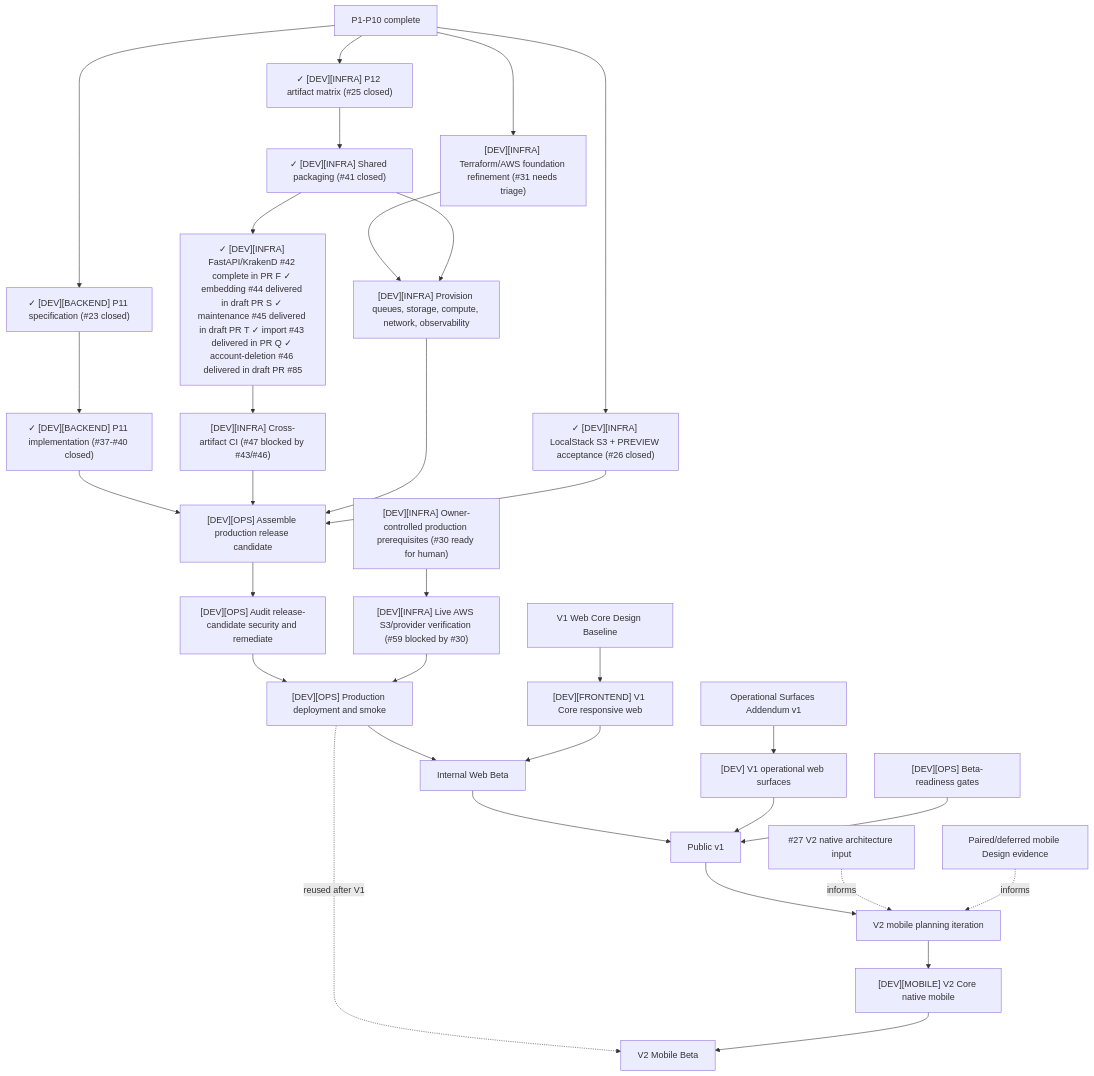
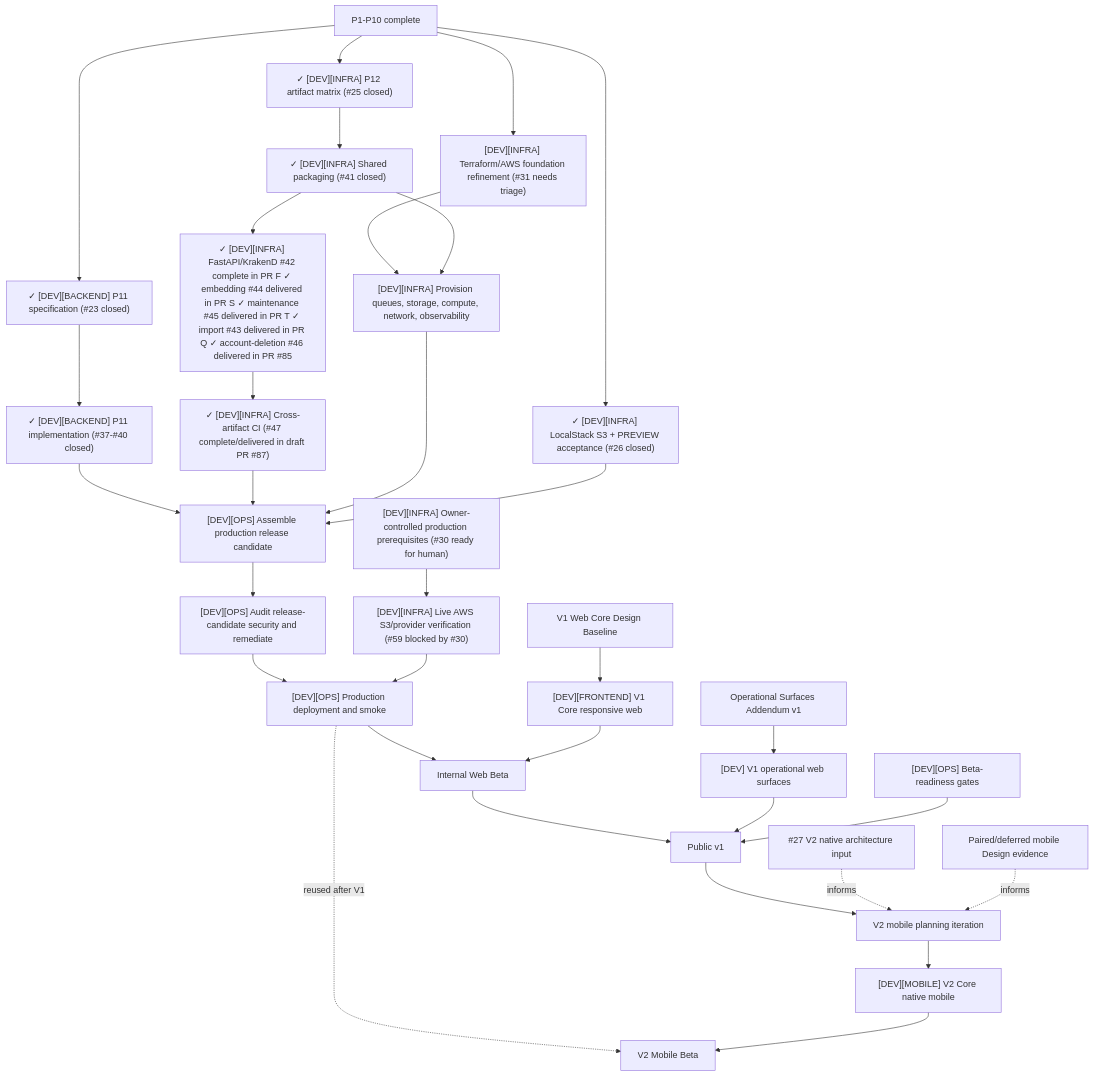
The diagram in docs/architecture/production-roadmap.md (starkovalera/recipe-manager), drawn with Mermaid before and after one commit. The commit also changed other lines of this file and 16 other files, not shown here.

First line of the commit message:
feat(infra): verify production artifacts in CI (#87)

````diff
--- a/docs/architecture/production-roadmap.md
+++ b/docs/architecture/production-roadmap.md
@@ -215,41 +215,41 @@
 ```mermaid
 flowchart TD
   p10["P1-P10 complete"]
   p10 --> p11Spec["✓ [DEV][BACKEND] P11 specification (#23 closed)"]
   p11Spec --> p11Implementation["✓ [DEV][BACKEND] P11 implementation (#37-#40 closed)"]
   p10 --> p12Spec["✓ [DEV][INFRA] P12 artifact matrix (#25 closed)"]
   p12Spec --> p12Shared["✓ [DEV][INFRA] Shared packaging (#41 closed)"]
-  p12Shared --> p12Artifacts["✓ [DEV][INFRA] FastAPI/KrakenD #42 complete in PR #70; ✓ embedding #44 delivered in draft PR #83; ✓ maintenance #45 delivered in draft PR #84; ✓ import #43 delivered in PR #81; ✓ account-deletion #46 delivered in draft PR #85"]
-  p12Artifacts --> p12Ci["[DEV][INFRA] Cross-artifact CI (#47 blocked by #43/#46)"]
+  p12Shared --> p12Artifacts["✓ [DEV][INFRA] FastAPI/KrakenD #42 complete in PR #70; ✓ embedding #44 delivered in PR #83; ✓ maintenance #45 delivered in PR #84; ✓ import #43 delivered in PR #81; ✓ account-deletion #46 delivered in PR #85"]
+  p12Artifacts --> p12Ci["✓ [DEV][INFRA] Cross-artifact CI (#47 complete/delivered in draft PR #87)"]
   p10 --> localstack["✓ [DEV][INFRA] LocalStack S3 + PREVIEW acceptance (#26 closed)"]
   p10 --> tfFoundation["[DEV][INFRA] Terraform/AWS foundation refinement (#31 needs triage)"]
   ownerInputs["[DEV][INFRA] Owner-controlled production prerequisites (#30 ready for human)"]
   ownerInputs --> liveAws["[DEV][INFRA] Live AWS S3/provider verification (#59 blocked by #30)"]
 
   tfFoundation --> cloudResources["[DEV][INFRA] Provision queues, storage, compute, network, observability"]
   p12Shared --> cloudResources
 
   p11Implementation --> releaseCandidate["[DEV][OPS] Assemble production release candidate"]
   p12Ci --> releaseCandidate
   cloudResources --> releaseCandidate
   localstack --> releaseCandidate
   releaseCandidate --> security["[DEV][OPS] Audit release-candidate security and remediate"]
   security --> technicalProd["[DEV][OPS] Production deployment and smoke"]
   liveAws --> technicalProd
 
   designCore["V1 Web Core Design Baseline"] --> web["[DEV][FRONTEND] V1 Core responsive web"]
   technicalProd --> webBeta["Internal Web Beta"]
   web --> webBeta
 
   designOps["Operational Surfaces Addendum v1"] --> operationalClients["[DEV] V1 operational web surfaces"]
   webBeta --> publicV1["Public v1"]
   operationalClients --> publicV1
   beta["[DEV][OPS] Beta-readiness gates"] --> publicV1
 
   publicV1 --> v2Planning["V2 mobile planning iteration"]
   mobileResearch["#27 V2 native architecture input"] -. informs .-> v2Planning
   pairedDesign["Paired/deferred mobile Design evidence"] -. informs .-> v2Planning
   v2Planning --> mobile["[DEV][MOBILE] V2 Core native mobile"]
   technicalProd -. reused after V1 .-> mobileBeta["V2 Mobile Beta"]
   mobile --> mobileBeta
 ```
````
